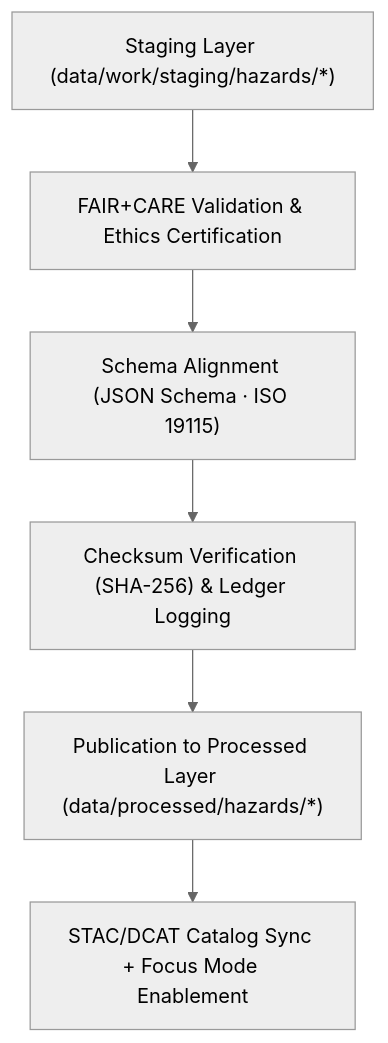
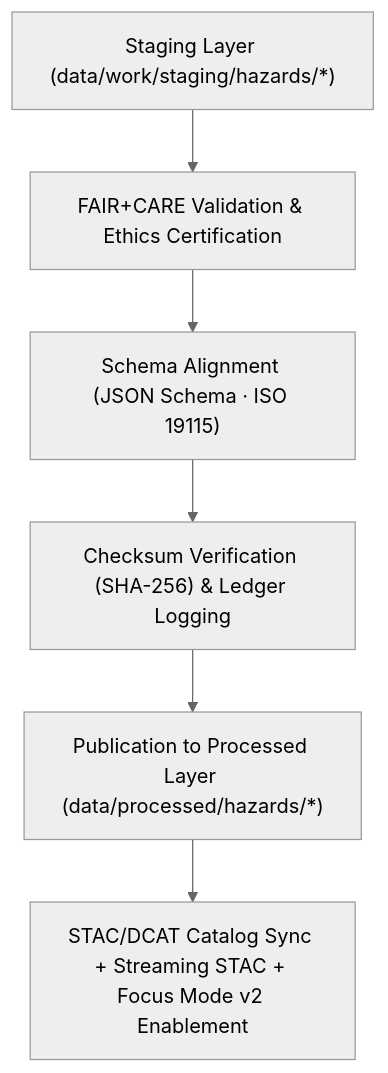
Before and after one commit to bartytime4life/Kansas-Frontier-Matrix: the diagram in data/processed/hazards/README.md, drawn with Mermaid (neutral theme). The commit also changed other lines of this file, not shown here.

````diff
--- a/data/processed/hazards/README.md
+++ b/data/processed/hazards/README.md
@@ -83,8 +90,8 @@
 ```mermaid
 flowchart TD
     A["Staging Layer (data/work/staging/hazards/*)"] --> B["FAIR+CARE Validation & Ethics Certification"]
     B --> C["Schema Alignment (JSON Schema · ISO 19115)"]
     C --> D["Checksum Verification (SHA-256) & Ledger Logging"]
     D --> E["Publication to Processed Layer (data/processed/hazards/*)"]
-    E --> F["STAC/DCAT Catalog Sync + Focus Mode Enablement"]
+    E --> F["STAC/DCAT Catalog Sync + Streaming STAC + Focus Mode v2 Enablement"]
 ```
````
